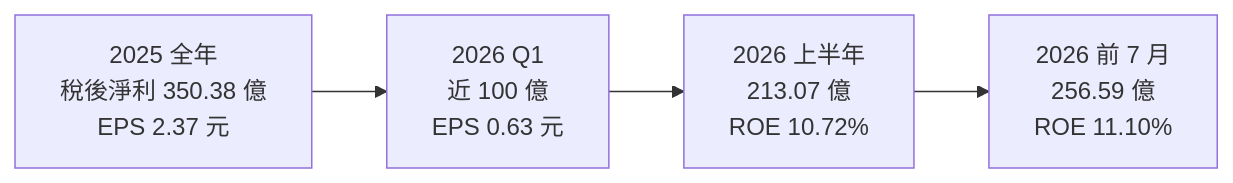
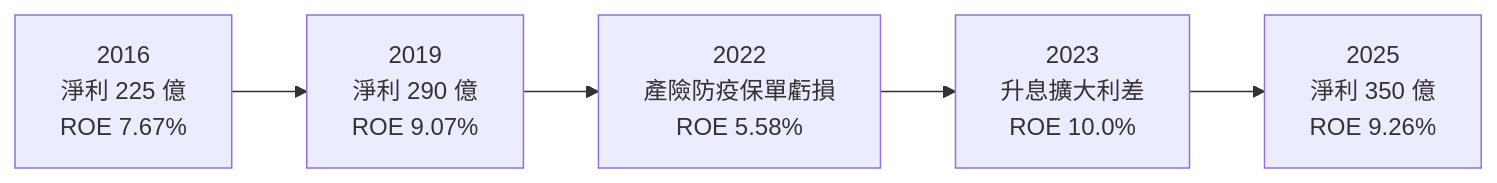
One commit to wangnick1004/taiwan-stock-vault changed the third of 4 diagrams in 個股/台股/2886兆豐金.md. Above: the diagram before and after it, drawn with Mermaid. The commit also changed other lines of this file and 7 other files, not shown here.

````diff
--- a/個股/台股/2886兆豐金.md
+++ b/個股/台股/2886兆豐金.md
@@ -143,4 +154,4 @@
 ```mermaid
 flowchart LR
-    Y["2025 全年<br/>稅後淨利 350.38 億<br/>EPS 2.37 元"] --> Q1["2026 Q1<br/>近 100 億<br/>EPS 0.63 元"] --> H1["2026 上半年<br/>213.07 億<br/>ROE 10.72%"] --> J7["2026 前 7 月<br/>256.59 億<br/>ROE 11.10%"]
+    Y16["2016<br/>淨利 225 億<br/>ROE 7.67%"] --> Y19["2019<br/>淨利 290 億<br/>ROE 9.07%"] --> Y22["2022<br/>產險防疫保單虧損<br/>ROE 5.58%"] --> Y23["2023<br/>升息擴大利差<br/>ROE 10.0%"] --> Y25["2025<br/>淨利 350 億<br/>ROE 9.26%"]
 ```
````
